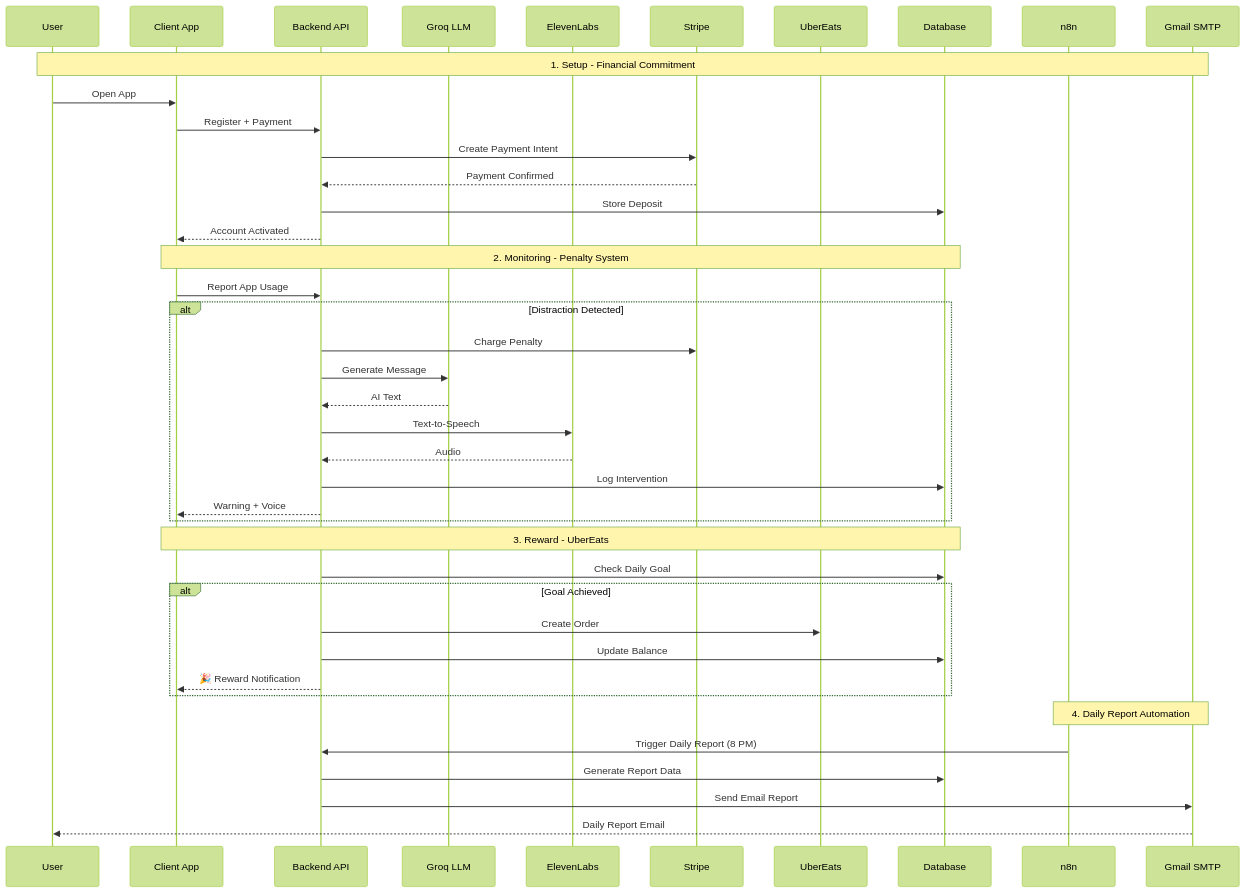
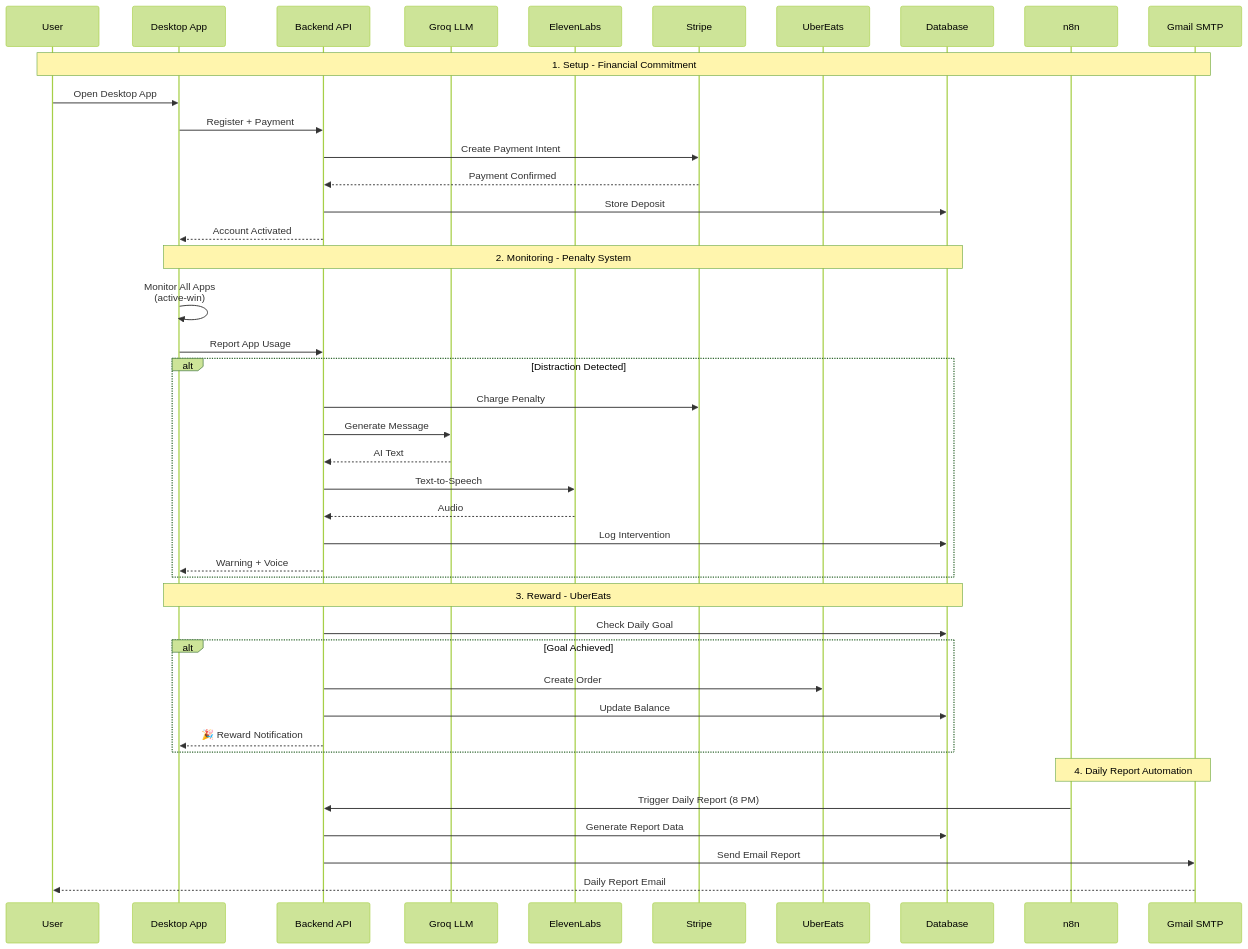
One commit to Jessi0803/Bad_Habit_Breaker changed the second of 2 diagrams in README.md. Above: the diagram before and after it, drawn with Mermaid (forest theme). The commit also changed other lines of this file, not shown here.

Commit message:
🖥️ Focus on Desktop App only in architecture
Updated architecture diagrams to show only Desktop App:
- Removed Chrome Extension from architecture
- Removed Mobile App from architecture
- Kept Desktop App (Electron + active-win)
- Updated all references to focus on Desktop App
- Maintained all backend services and integrations

````diff
--- a/README.md
+++ b/README.md
@@ -454,47 +448,48 @@
 ```mermaid
 sequenceDiagram
     participant User
-    participant Client as Client App
+    participant Desktop as Desktop App
     participant Backend as Backend API
     participant Groq as Groq LLM
     participant EL as ElevenLabs
     participant Stripe as Stripe
     participant Uber as UberEats
     participant DB as Database
     participant n8n as n8n
     participant Gmail as Gmail SMTP
     
     Note over User,Gmail: 1. Setup - Financial Commitment
-    User->>Client: Open App
-    Client->>Backend: Register + Payment
+    User->>Desktop: Open Desktop App
+    Desktop->>Backend: Register + Payment
     Backend->>Stripe: Create Payment Intent
     Stripe-->>Backend: Payment Confirmed
     Backend->>DB: Store Deposit
-    Backend-->>Client: Account Activated
+    Backend-->>Desktop: Account Activated
     
-    Note over Client,DB: 2. Monitoring - Penalty System
-    Client->>Backend: Report App Usage
+    Note over Desktop,DB: 2. Monitoring - Penalty System
+    Desktop->>Desktop: Monitor All Apps<br/>(active-win)
+    Desktop->>Backend: Report App Usage
     alt Distraction Detected
         Backend->>Stripe: Charge Penalty
         Backend->>Groq: Generate Message
         Groq-->>Backend: AI Text
         Backend->>EL: Text-to-Speech
         EL-->>Backend: Audio
         Backend->>DB: Log Intervention
-        Backend-->>Client: Warning + Voice
+        Backend-->>Desktop: Warning + Voice
     end
     
-    Note over Client,DB: 3. Reward - UberEats
+    Note over Desktop,DB: 3. Reward - UberEats
     Backend->>DB: Check Daily Goal
     alt Goal Achieved
         Backend->>Uber: Create Order
         Backend->>DB: Update Balance
-        Backend-->>Client: 🎉 Reward Notification
+        Backend-->>Desktop: 🎉 Reward Notification
     end
     
     Note over n8n,Gmail: 4. Daily Report Automation
     n8n->>Backend: Trigger Daily Report (8 PM)
     Backend->>DB: Generate Report Data
     Backend->>Gmail: Send Email Report
     Gmail-->>User: Daily Report Email
 ```
````
